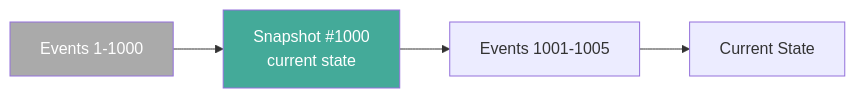
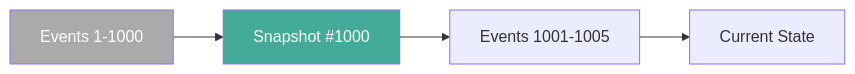
The second of 2 diagrams in System Design/SDE2/06-Messaging-and-Event-Driven/15-Event-Driven-Architecture/01-Event-Sourcing.md (Dummy-Bug/system-design-handbook), drawn with Mermaid before and after one commit. The commit also changed other lines of this file and 23 other files, not shown here.

````diff
--- a/System Design/SDE2/06-Messaging-and-Event-Driven/15-Event-Driven-Architecture/01-Event-Sourcing.md
+++ b/System Design/SDE2/06-Messaging-and-Event-Driven/15-Event-Driven-Architecture/01-Event-Sourcing.md
@@ -91,9 +79,8 @@
 ```mermaid
 graph LR
-    E1[Events 1-1000] --> SN[Snapshot #1000\ncurrent state]
+    E1[Events 1-1000] --> SN[Snapshot #1000]
     SN --> E2[Events 1001-1005]
     E2 --> CS[Current State]
-
     style E1 fill:#aaa,color:#fff
     style SN fill:#4a9,color:#fff
 ```
````
